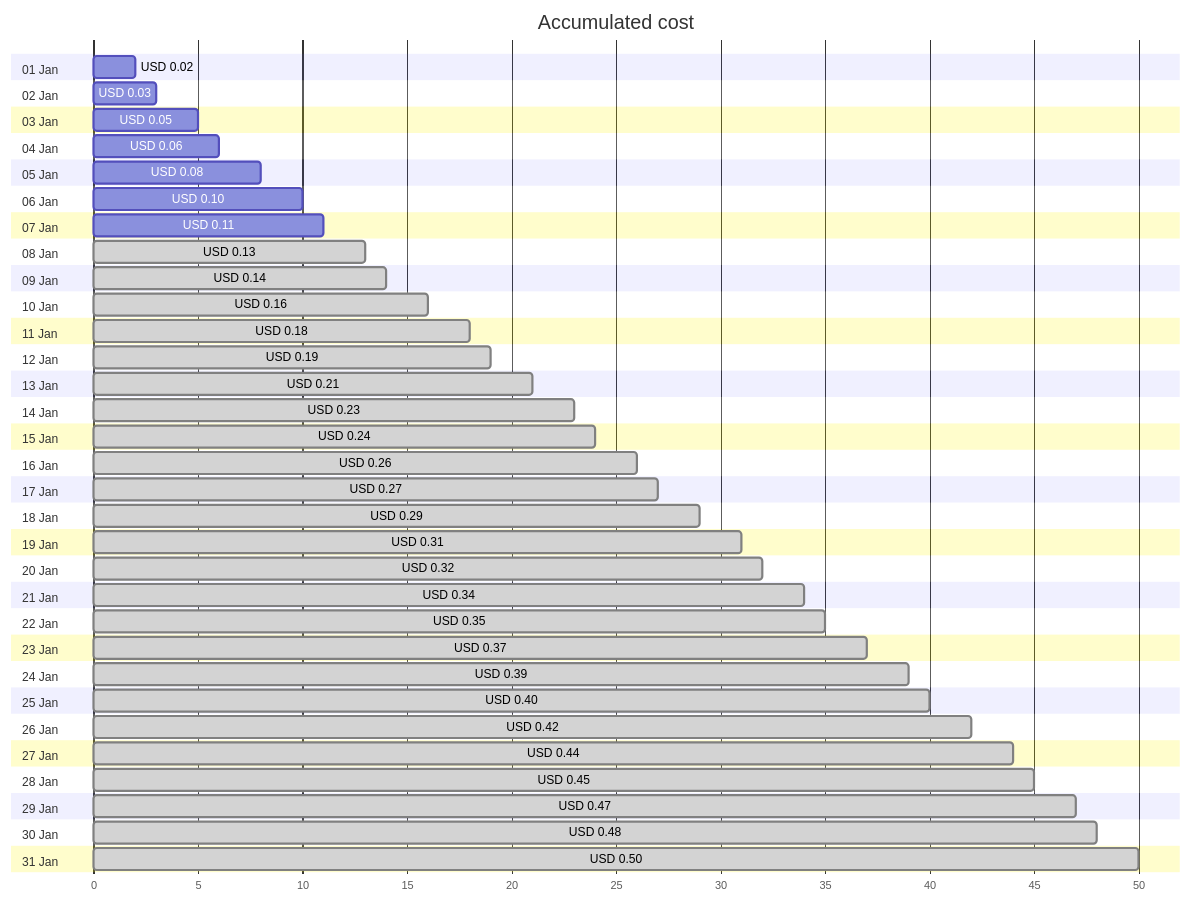
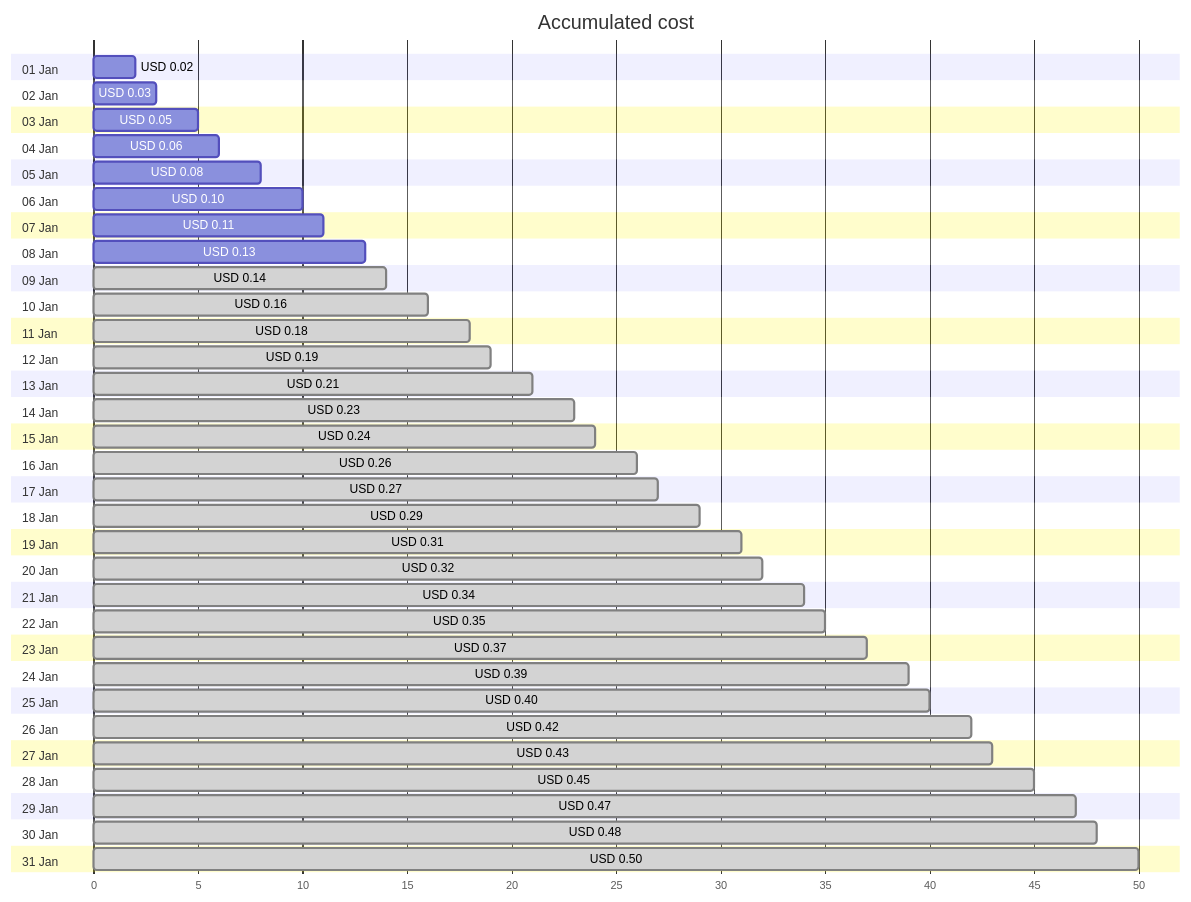
One commit to jpfulton/azure-personal-reports changed the first of 4 diagrams in cost-reports/personal-network/private.jpatrickfulton.com.md. Above: the diagram before and after it, drawn with Mermaid. The commit also changed other lines of this file and 8 other files, not shown here.

````diff
--- a/cost-reports/personal-network/private.jpatrickfulton.com.md
+++ b/cost-reports/personal-network/private.jpatrickfulton.com.md
@@ -20,68 +20,68 @@
 ```mermaid
 gantt
    title Accumulated cost
    dateFormat  X
    axisFormat %s
    section 01 Jan
    USD 0.02 :0, 2
    section 02 Jan
    USD 0.03 :0, 3
    section 03 Jan
    USD 0.05 :0, 5
    section 04 Jan
    USD 0.06 :0, 6
    section 05 Jan
    USD 0.08 :0, 8
    section 06 Jan
    USD 0.10 :0, 10
    section 07 Jan
    USD 0.11 :0, 11
    section 08 Jan
-   USD 0.13 : done, 0, 13
+   USD 0.13 :0, 13
    section 09 Jan
    USD 0.14 : done, 0, 14
    section 10 Jan
    USD 0.16 : done, 0, 16
    section 11 Jan
    USD 0.18 : done, 0, 18
    section 12 Jan
    USD 0.19 : done, 0, 19
    section 13 Jan
    USD 0.21 : done, 0, 21
    section 14 Jan
    USD 0.23 : done, 0, 23
    section 15 Jan
    USD 0.24 : done, 0, 24
    section 16 Jan
    USD 0.26 : done, 0, 26
    section 17 Jan
    USD 0.27 : done, 0, 27
    section 18 Jan
    USD 0.29 : done, 0, 29
    section 19 Jan
    USD 0.31 : done, 0, 31
    section 20 Jan
    USD 0.32 : done, 0, 32
    section 21 Jan
    USD 0.34 : done, 0, 34
    section 22 Jan
    USD 0.35 : done, 0, 35
    section 23 Jan
    USD 0.37 : done, 0, 37
    section 24 Jan
    USD 0.39 : done, 0, 39
    section 25 Jan
    USD 0.40 : done, 0, 40
    section 26 Jan
    USD 0.42 : done, 0, 42
    section 27 Jan
-   USD 0.44 : done, 0, 44
+   USD 0.43 : done, 0, 43
    section 28 Jan
    USD 0.45 : done, 0, 45
    section 29 Jan
    USD 0.47 : done, 0, 47
    section 30 Jan
    USD 0.48 : done, 0, 48
    section 31 Jan
    USD 0.50 : done, 0, 50
 ```
````
